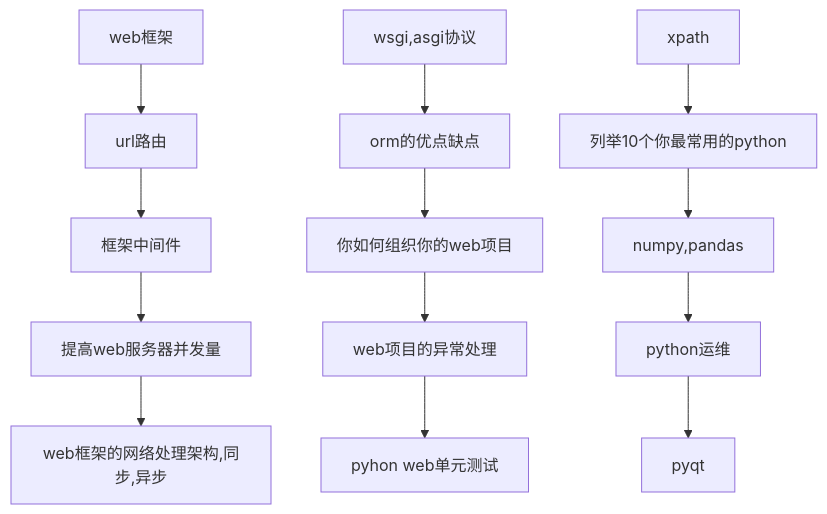
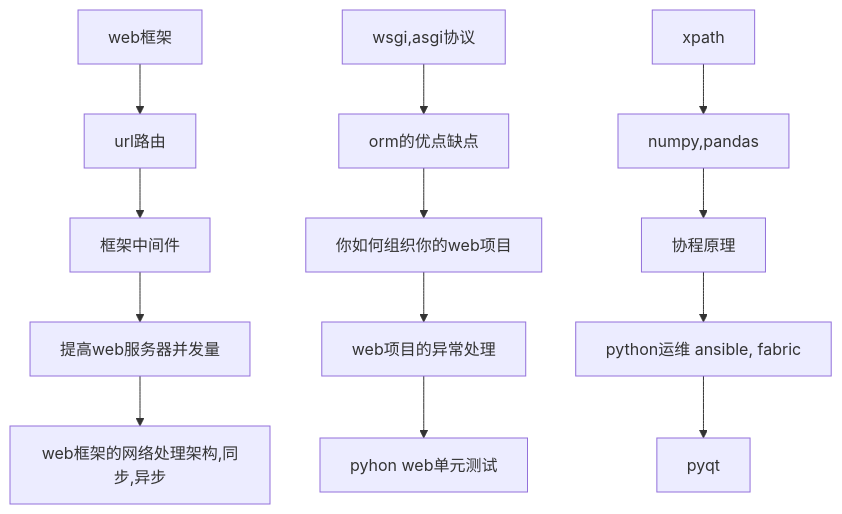
One commit to Roxas/article changed the seventh of 13 diagrams in interview_flow.md. Above: the diagram before and after it, drawn with Mermaid. The commit also changed other lines of this file, not shown here.

````diff
--- a/interview_flow.md
+++ b/interview_flow.md
@@ -67,6 +67,6 @@
 ```mermaid
 graph TB
     a[web框架] --> d[url路由] --> g[框架中间件] --> j[提高web服务器并发量] --> m[web框架的网络处理架构,同步,异步]
     b[wsgi,asgi协议] --> e[orm的优点缺点] --> h[你如何组织你的web项目] --> k[web项目的异常处理] --> n[pyhon web单元测试]
-    c[xpath] --> f[列举10个你最常用的python] --> i[numpy,pandas] --> o[python运维] --> p[pyqt]
+    c[xpath] --> f[numpy,pandas] --> i[协程原理] --> o[python运维 ansible, fabric] --> p[pyqt]
 ```
````
